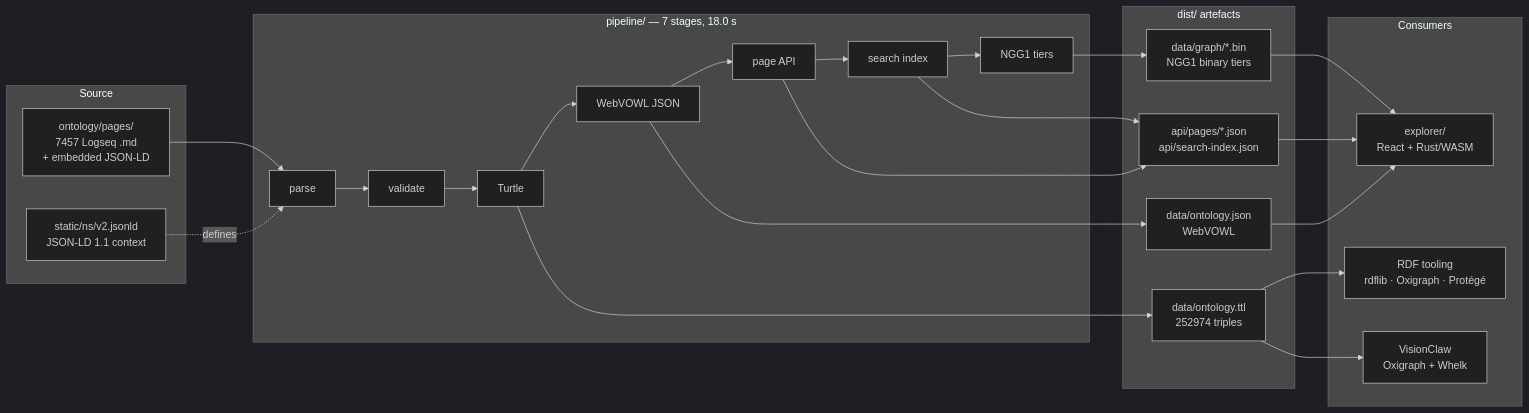
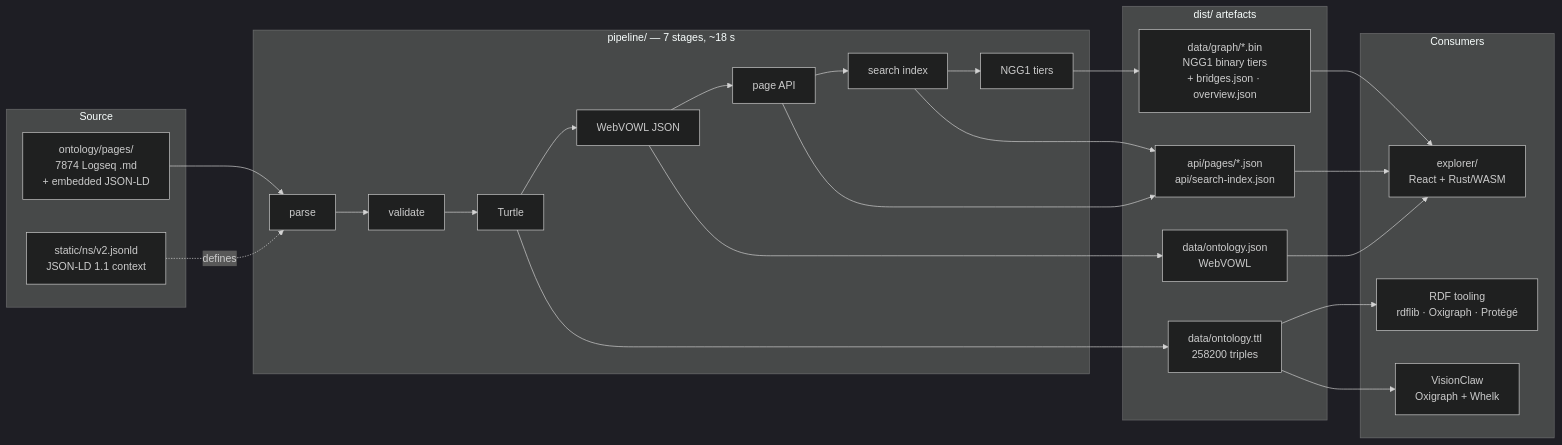
One commit to DreamLab-AI/knowledgeGraph changed the diagram in README.md. Above: the diagram before and after it, drawn with Mermaid (dark theme). The commit also changed other lines of this file and 1033 other files, not shown here.

````diff
--- a/README.md
+++ b/README.md
@@ -122,39 +140,39 @@
 ```mermaid
 flowchart LR
     subgraph source["Source"]
-        md["ontology/pages/<br/>7457 Logseq .md<br/>+ embedded JSON-LD"]
+        md["ontology/pages/<br/>7874 Logseq .md<br/>+ embedded JSON-LD"]
         ctx["static/ns/v2.jsonld<br/>JSON-LD 1.1 context"]
     end
 
-    subgraph pipe["pipeline/ — 7 stages, 18.0 s"]
+    subgraph pipe["pipeline/ — 7 stages, ~18 s"]
         p1["parse"] --> p2["validate"] --> p3["Turtle"]
         p3 --> p4["WebVOWL JSON"] --> p5["page API"]
         p5 --> p6["search index"] --> p7["NGG1 tiers"]
     end
 
     subgraph art["dist/ artefacts"]
-        ttl["data/ontology.ttl<br/>252974 triples"]
+        ttl["data/ontology.ttl<br/>258200 triples"]
         vowl["data/ontology.json<br/>WebVOWL"]
-        bin["data/graph/*.bin<br/>NGG1 binary tiers"]
+        bin["data/graph/*.bin<br/>NGG1 binary tiers<br/>+ bridges.json · overview.json"]
         api["api/pages/*.json<br/>api/search-index.json"]
     end
 
     subgraph cons["Consumers"]
         rdf["RDF tooling<br/>rdflib · Oxigraph · Protégé"]
         exp["explorer/<br/>React + Rust/WASM"]
         vc["VisionClaw<br/>Oxigraph + Whelk"]
     end
 
     md --> p1
     ctx -.defines.-> p1
     p3 --> ttl
     p4 --> vowl
     p7 --> bin
     p5 --> api
     p6 --> api
     ttl --> rdf
     ttl --> vc
     bin --> exp
     api --> exp
     vowl --> exp
 ```
````
